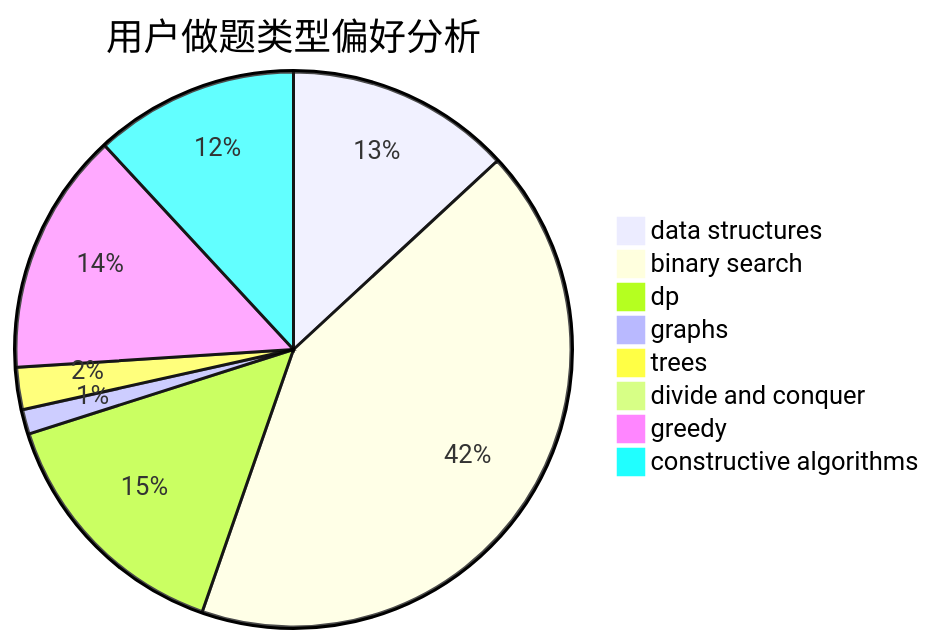
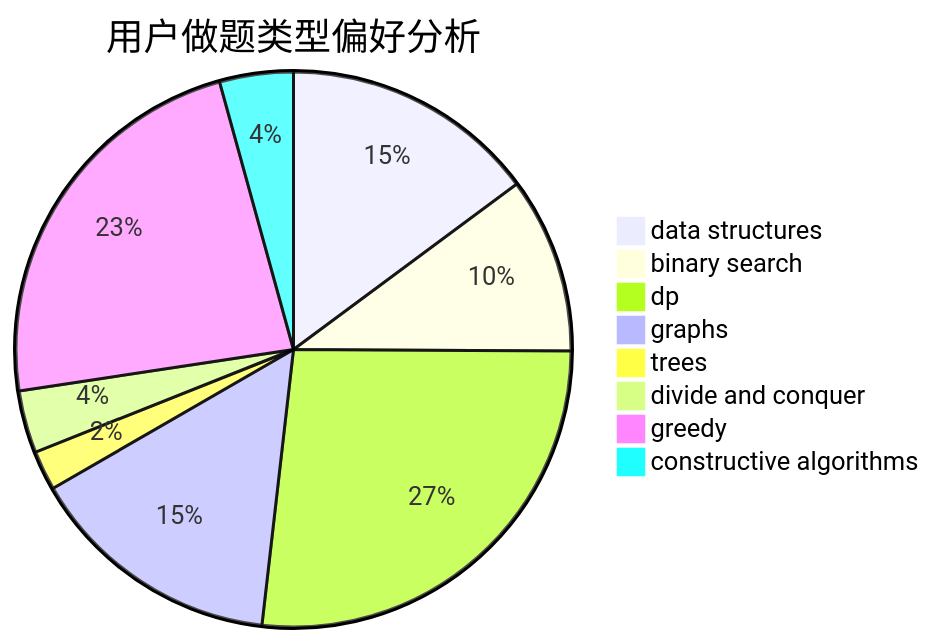
The second of 3 diagrams in docs/user/u2040.md (sherpahu/cfrs.github.io), drawn with Mermaid before and after one commit. The commit also changed other lines of this file and 2770 other files, not shown here.

````diff
--- a/docs/user/u2040.md
+++ b/docs/user/u2040.md
@@ -23,11 +23,11 @@
 ```mermaid
 pie title 用户做题类型偏好分析
-    "data structures" :  64
-    "binary search" :  206
-    "dp" :  72
-    "graphs" :  7
-    "trees" :  12
-    "divide and conquer" :  0
-    "greedy" :  69
-    "constructive algorithms" :  58
+    "data structures" :  45
+    "binary search" :  31
+    "dp" :  81
+    "graphs" :  45
+    "trees" :  7
+    "divide and conquer" :  11
+    "greedy" :  70
+    "constructive algorithms" :  13
 ```
````
